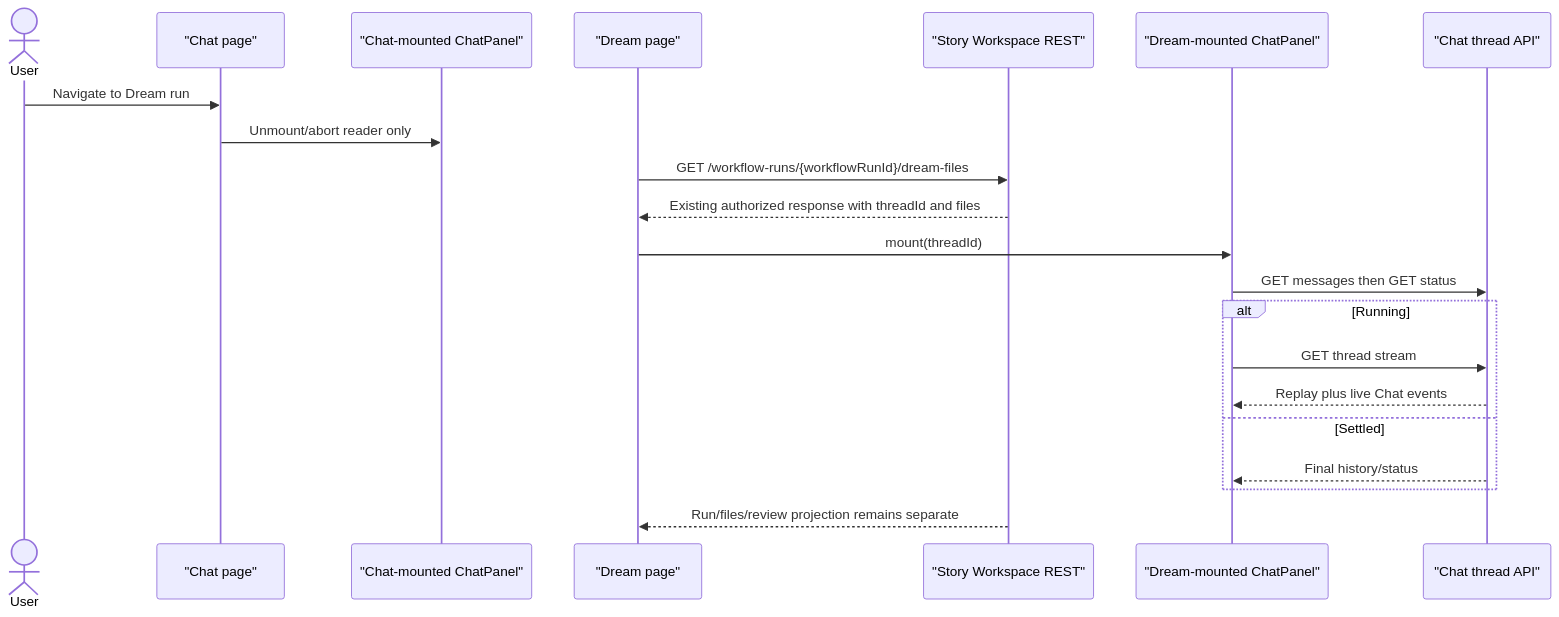
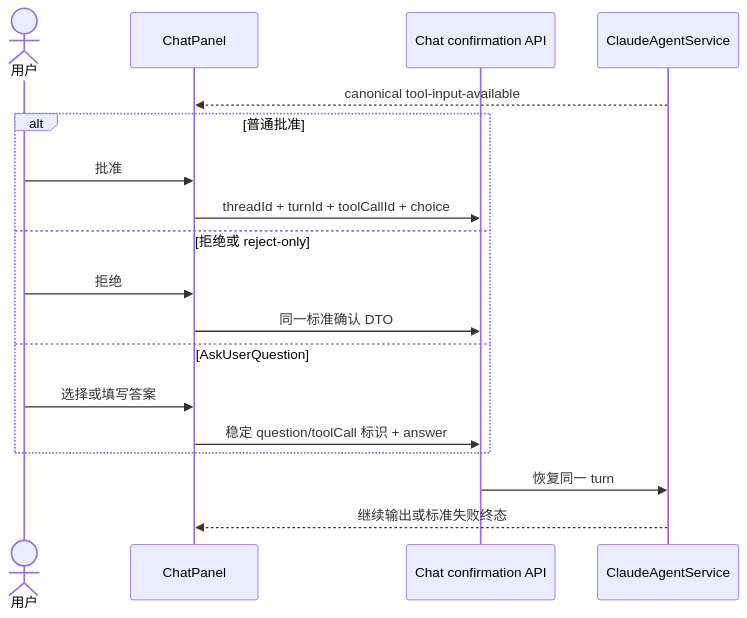
One commit to glide-the/im-dream changed the third of 10 diagrams in docs/design/dream-agent/interaction-design.md. Above: the diagram before and after it, drawn with Mermaid. The commit also changed other lines of this file and 99 other files, not shown here.

````diff
--- a/docs/design/dream-agent/interaction-design.md
+++ b/docs/design/dream-agent/interaction-design.md
@@ -144,24 +64,20 @@
 ```mermaid
 sequenceDiagram
-    actor User
-    participant Chat as "Chat page"
-    participant CtrlC as "Chat-mounted ChatPanel"
-    participant Dream as "Dream page"
-    participant Biz as "Story Workspace REST"
-    participant CtrlD as "Dream-mounted ChatPanel"
-    participant API as "Chat thread API"
-
-    User->>Chat: Navigate to Dream run
-    Chat->>CtrlC: Unmount/abort reader only
-    Dream->>Biz: GET /workflow-runs/{workflowRunId}/dream-files
-    Biz-->>Dream: Existing authorized response with threadId and files
-    Dream->>CtrlD: mount(threadId)
-    CtrlD->>API: GET messages then GET status
-    alt Running
-        CtrlD->>API: GET thread stream
-        API-->>CtrlD: Replay plus live Chat events
-    else Settled
-        API-->>CtrlD: Final history/status
+    actor U as 用户
+    participant P as ChatPanel
+    participant API as Chat confirmation API
+    participant S as ClaudeAgentService
+    S-->>P: canonical tool-input-available
+    alt 普通批准
+        U->>P: 批准
+        P->>API: threadId + turnId + toolCallId + choice
+    else 拒绝或 reject-only
+        U->>P: 拒绝
+        P->>API: 同一标准确认 DTO
+    else AskUserQuestion
+        U->>P: 选择或填写答案
+        P->>API: 稳定 question/toolCall 标识 + answer
     end
-    Biz-->>Dream: Run/files/review projection remains separate
+    API->>S: 恢复同一 turn
+    S-->>P: 继续输出或标准失败终态
 ```
````
